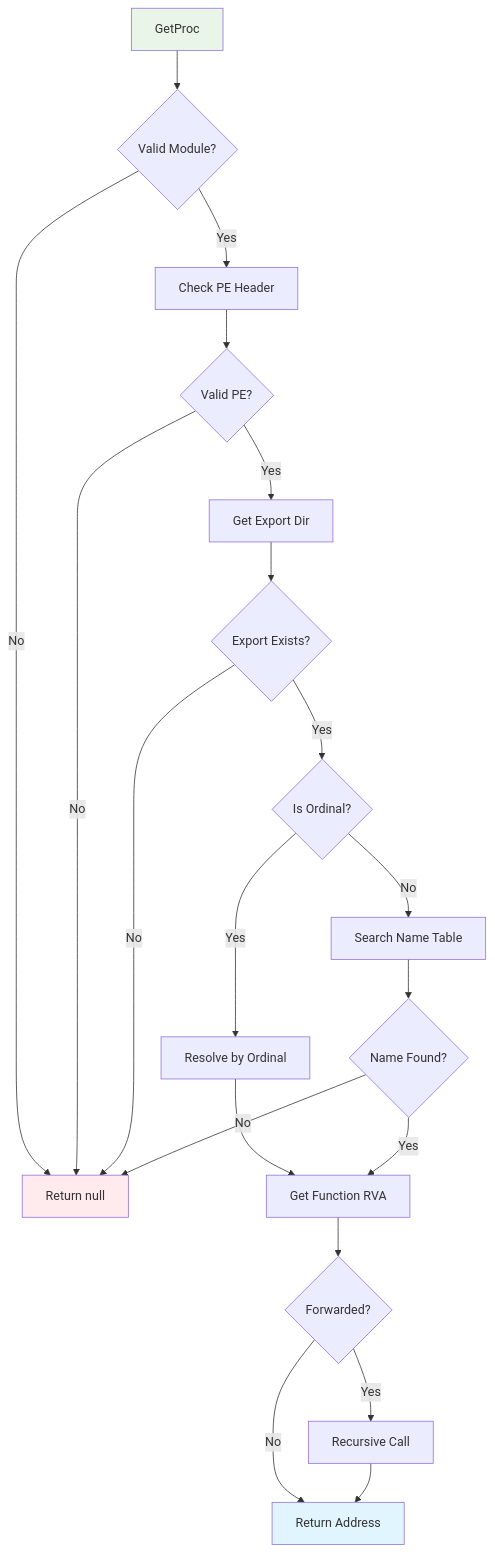
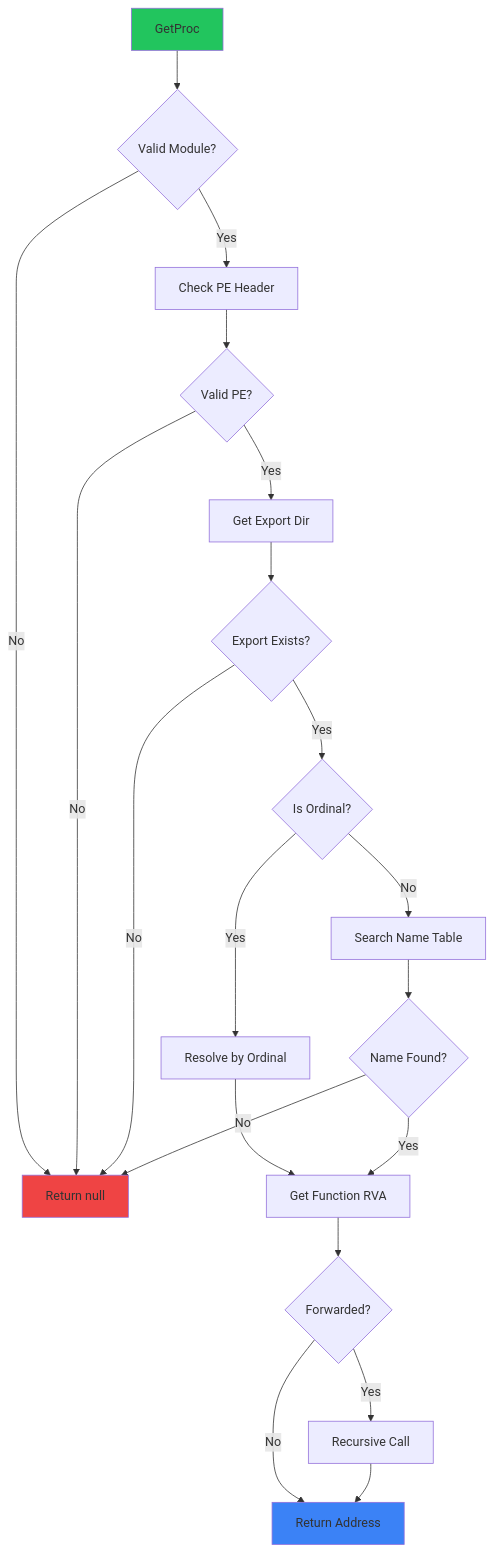
The third of 11 diagrams in diagrams.md (usuiWind/Windows-Import-Resolver), drawn with Mermaid before and after one commit. The commit also changed other lines of this file, not shown here.

````diff
--- a/diagrams.md
+++ b/diagrams.md
@@ -52,26 +50,26 @@
 ```mermaid
 flowchart TD
     A[GetProc] --> B{Valid Module?}
     B -->|No| C[Return null]
     B -->|Yes| D[Check PE Header]
     D --> E{Valid PE?}
     E -->|No| C
     E -->|Yes| F[Get Export Dir]
     F --> G{Export Exists?}
     G -->|No| C
     G -->|Yes| H{Is Ordinal?}
     H -->|Yes| I[Resolve by Ordinal]
     H -->|No| J[Search Name Table]
     I --> K[Get Function RVA]
     J --> L{Name Found?}
     L -->|No| C
     L -->|Yes| K
     K --> M{Forwarded?}
     M -->|Yes| N[Recursive Call]
     M -->|No| O[Return Address]
     N --> O
     
-    style A fill:#e8f5e8
-    style C fill:#ffebee
-    style O fill:#e1f5fe
+    style A fill:#22c55e
+    style C fill:#ef4444
+    style O fill:#3b82f6
 ```
````
